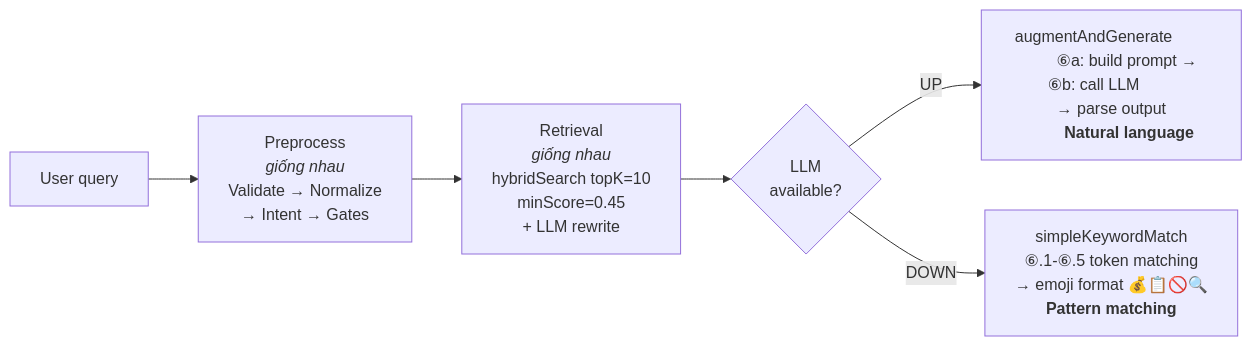
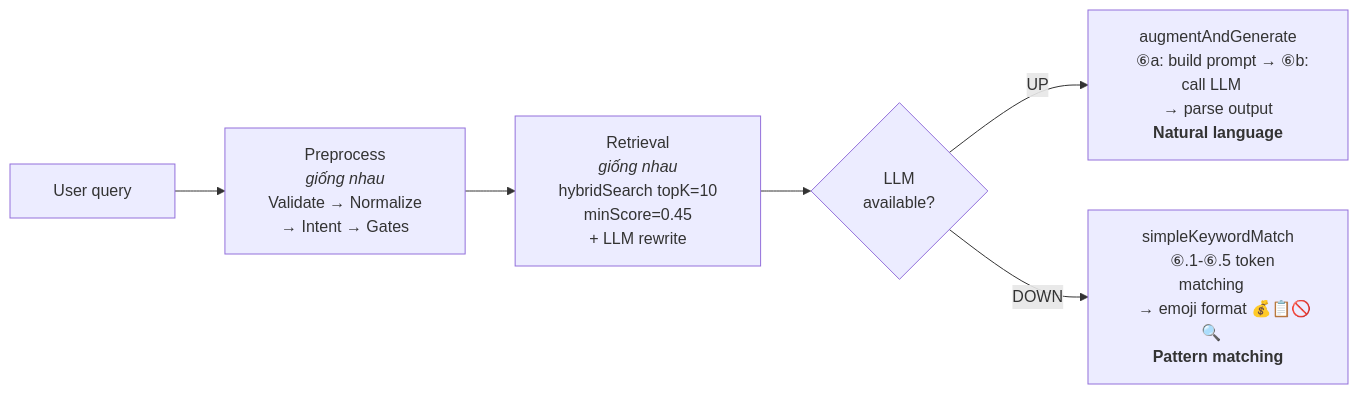
The second of 2 diagrams in backend/RAG_CHATBOT_PIPELINE.md (MinhThang1009/E-commerce-website), drawn with Mermaid before and after one commit. The commit also changed other lines of this file, not shown here.

First line of the commit message:
docs(ai): đổi padding spaces → &nbsp; cho Mermaid nodes

````diff
--- a/backend/RAG_CHATBOT_PIPELINE.md
+++ b/backend/RAG_CHATBOT_PIPELINE.md
@@ -380,8 +380,8 @@
 ```mermaid
 flowchart LR
-    A["        User query        "] --> B["        Preprocess        <br/>        <i>giống nhau</i>        <br/>        Validate → Normalize        <br/>        → Intent → Gates        "]
-    B --> C["        Retrieval        <br/>        <i>giống nhau</i>        <br/>        hybridSearch topK=10        <br/>        minScore=0.45        <br/>        + LLM rewrite        "]
-    C --> D{"        LLM        <br/>        available?        "}
-    D -->|UP| E["        augmentAndGenerate        <br/>        ⑥a: build prompt → ⑥b: call LLM        <br/>        → parse output        <br/>        <b>Natural language</b>        "]
-    D -->|DOWN| F["        simpleKeywordMatch        <br/>        ⑥.1-⑥.5 token matching        <br/>        → emoji format 💰📋🚫🔍        <br/>        <b>Pattern matching</b>        "]
+    A["&nbsp;&nbsp;&nbsp;User query&nbsp;&nbsp;&nbsp;"] --> B["&nbsp;&nbsp;&nbsp;Preprocess&nbsp;&nbsp;&nbsp;<br/>&nbsp;&nbsp;&nbsp;<i>giống nhau</i>&nbsp;&nbsp;&nbsp;<br/>&nbsp;&nbsp;&nbsp;Validate → Normalize&nbsp;&nbsp;&nbsp;<br/>&nbsp;&nbsp;&nbsp;→ Intent → Gates&nbsp;&nbsp;&nbsp;"]
+    B --> C["&nbsp;&nbsp;&nbsp;Retrieval&nbsp;&nbsp;&nbsp;<br/>&nbsp;&nbsp;&nbsp;<i>giống nhau</i>&nbsp;&nbsp;&nbsp;<br/>&nbsp;&nbsp;&nbsp;hybridSearch topK=10&nbsp;&nbsp;&nbsp;<br/>&nbsp;&nbsp;&nbsp;minScore=0.45&nbsp;&nbsp;&nbsp;<br/>&nbsp;&nbsp;&nbsp;+ LLM rewrite&nbsp;&nbsp;&nbsp;"]
+    C --> D{"&nbsp;&nbsp;&nbsp;LLM&nbsp;&nbsp;&nbsp;<br/>&nbsp;&nbsp;&nbsp;available?&nbsp;&nbsp;&nbsp;"}
+    D -->|UP| E["&nbsp;&nbsp;&nbsp;augmentAndGenerate&nbsp;&nbsp;&nbsp;<br/>&nbsp;&nbsp;&nbsp;⑥a: build prompt → ⑥b: call LLM&nbsp;&nbsp;&nbsp;<br/>&nbsp;&nbsp;&nbsp;→ parse output&nbsp;&nbsp;&nbsp;<br/>&nbsp;&nbsp;&nbsp;<b>Natural language</b>&nbsp;&nbsp;&nbsp;"]
+    D -->|DOWN| F["&nbsp;&nbsp;&nbsp;simpleKeywordMatch&nbsp;&nbsp;&nbsp;<br/>&nbsp;&nbsp;&nbsp;⑥.1-⑥.5 token matching&nbsp;&nbsp;&nbsp;<br/>&nbsp;&nbsp;&nbsp;→ emoji format 💰📋🚫🔍&nbsp;&nbsp;&nbsp;<br/>&nbsp;&nbsp;&nbsp;<b>Pattern matching</b>&nbsp;&nbsp;&nbsp;"]
 ```
````
